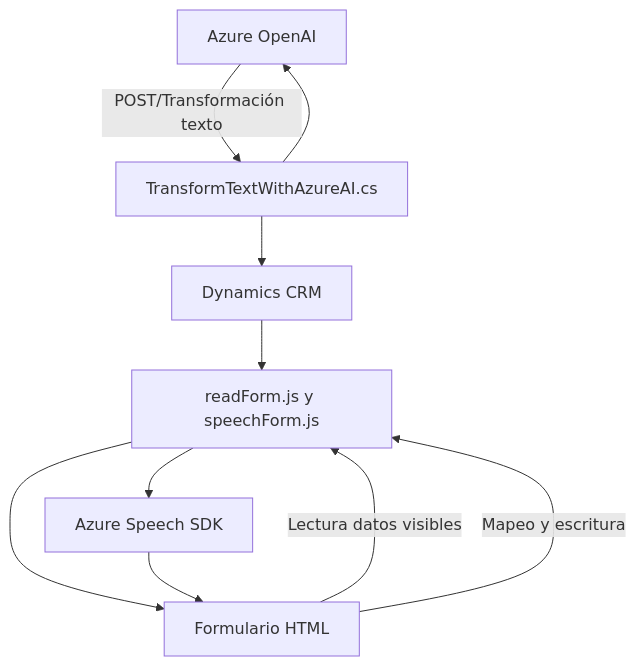
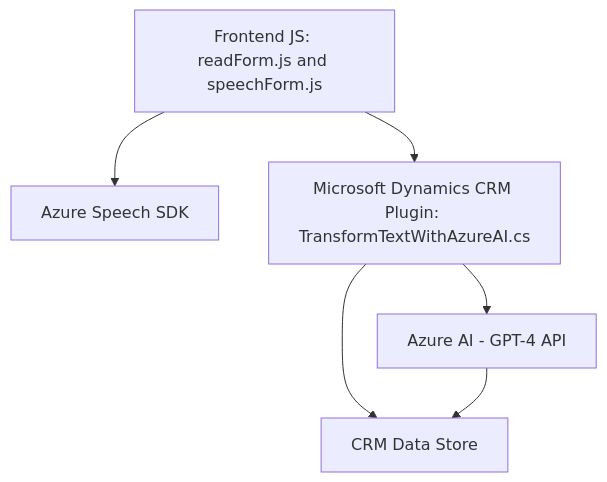
One commit to blopezdm/NETCORE_BILBAO2025 changed the diagram in README.md. Above: the diagram before and after it, drawn with Mermaid. The commit also changed other lines of this file, not shown here.

````diff
--- a/README.md
+++ b/README.md
@@ -58,22 +42,14 @@
 ```mermaid
 graph TD
-    Dynamics365["Dynamics CRM"]
-    AzureSpeechSDK["Azure Speech SDK"]
-    AzureOpenAI["Azure OpenAI"]
-    HTMLForm["Formulario HTML"]
-    VoiceHandler["readForm.js y speechForm.js"]
-    PluginBackend["TransformTextWithAzureAI.cs"]
+    A["Frontend JS: readForm.js and speechForm.js"]
+    B["Azure Speech SDK"]
+    C["Microsoft Dynamics CRM Plugin: TransformTextWithAzureAI.cs"]
+    D["Azure AI - GPT-4 API"]
+    E["CRM Data Store"]
 
-    Dynamics365 --> VoiceHandler
-    VoiceHandler --> HTMLForm
-    VoiceHandler --> AzureSpeechSDK
-
-    HTMLForm --> |Lectura datos visibles| VoiceHandler
-    HTMLForm --> |Mapeo y escritura| VoiceHandler
-
-    AzureSpeechSDK --> HTMLForm
-    PluginBackend --> Dynamics365
-    PluginBackend --> AzureOpenAI
-
-    AzureOpenAI --> |POST/Transformación texto| PluginBackend
+    A --> B
+    A --> C
+    C --> D
+    C --> E
+    D --> E
 ```
````
